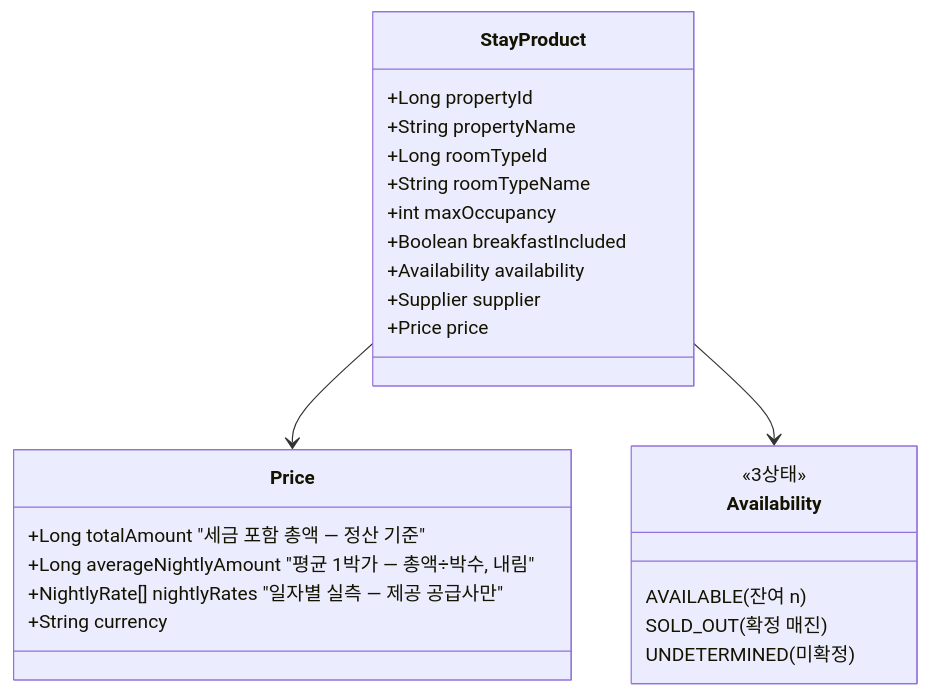
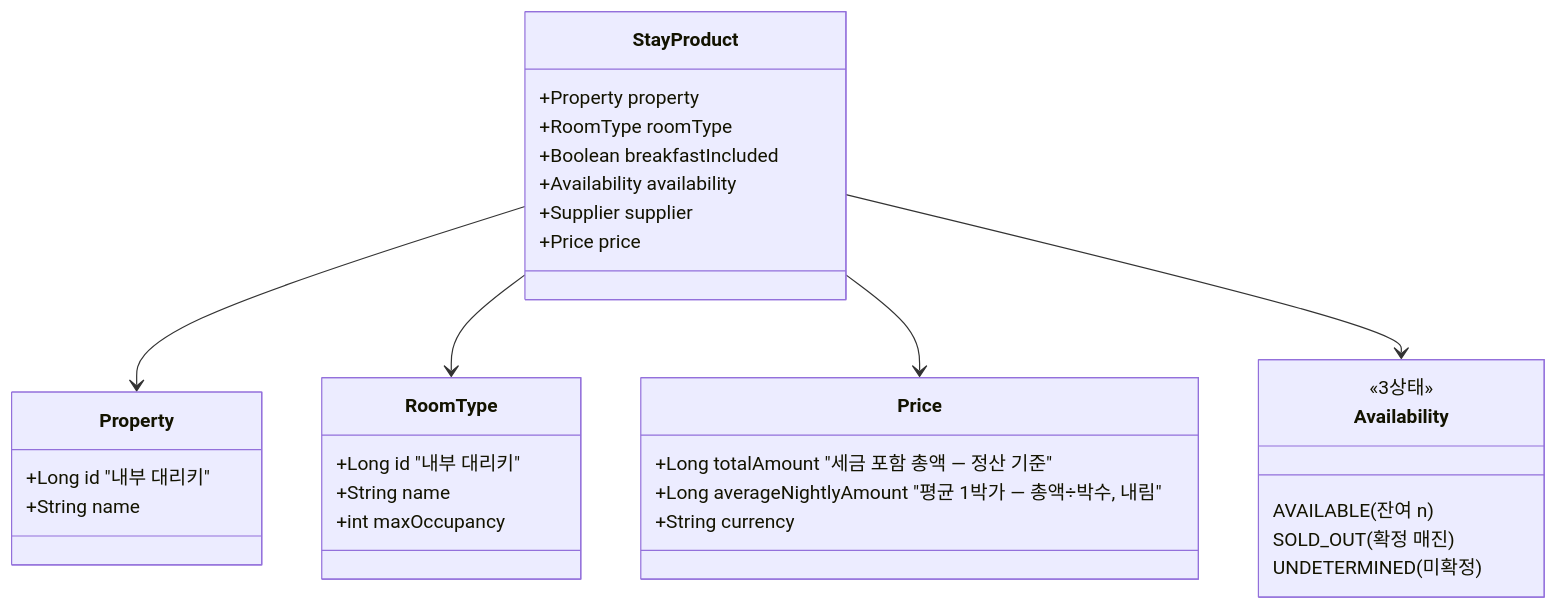
Before and after one commit to thomas783/supplier-sync: the diagram in docs/DOMAIN_MODEL.md, drawn with Mermaid. The commit also changed other lines of this file and 5 other files, not shown here.

Commit message:
docs: reflect the four-unit model and the nightly-rates reversal (PR #9)

````diff
--- a/docs/DOMAIN_MODEL.md
+++ b/docs/DOMAIN_MODEL.md
@@ -27,28 +27,35 @@
 ```mermaid
 classDiagram
     class StayProduct {
-        +Long propertyId
-        +String propertyName
-        +Long roomTypeId
-        +String roomTypeName
-        +int maxOccupancy
+        +Property property
+        +RoomType roomType
         +Boolean breakfastIncluded
         +Availability availability
         +Supplier supplier
         +Price price
     }
+    class Property {
+        +Long id   "내부 대리키"
+        +String name
+    }
+    class RoomType {
+        +Long id   "내부 대리키"
+        +String name
+        +int maxOccupancy
+    }
     class Price {
         +Long totalAmount        "세금 포함 총액 — 정산 기준"
         +Long averageNightlyAmount "평균 1박가 — 총액÷박수, 내림"
-        +NightlyRate[] nightlyRates "일자별 실측 — 제공 공급사만"
         +String currency
     }
     class Availability {
         <<3상태>>
         AVAILABLE (잔여 n)
         SOLD_OUT (확정 매진)
         UNDETERMINED (미확정)
     }
+    StayProduct --> Property
+    StayProduct --> RoomType
     StayProduct --> Price
     StayProduct --> Availability
 ```
````
